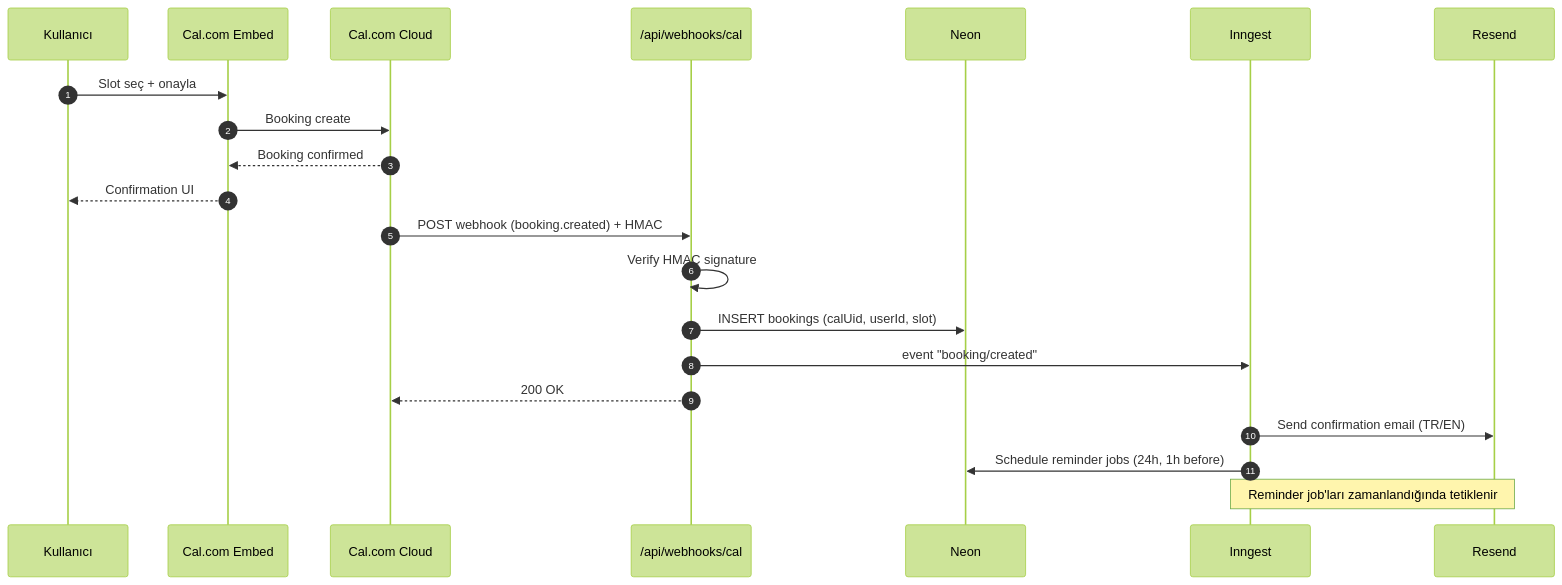
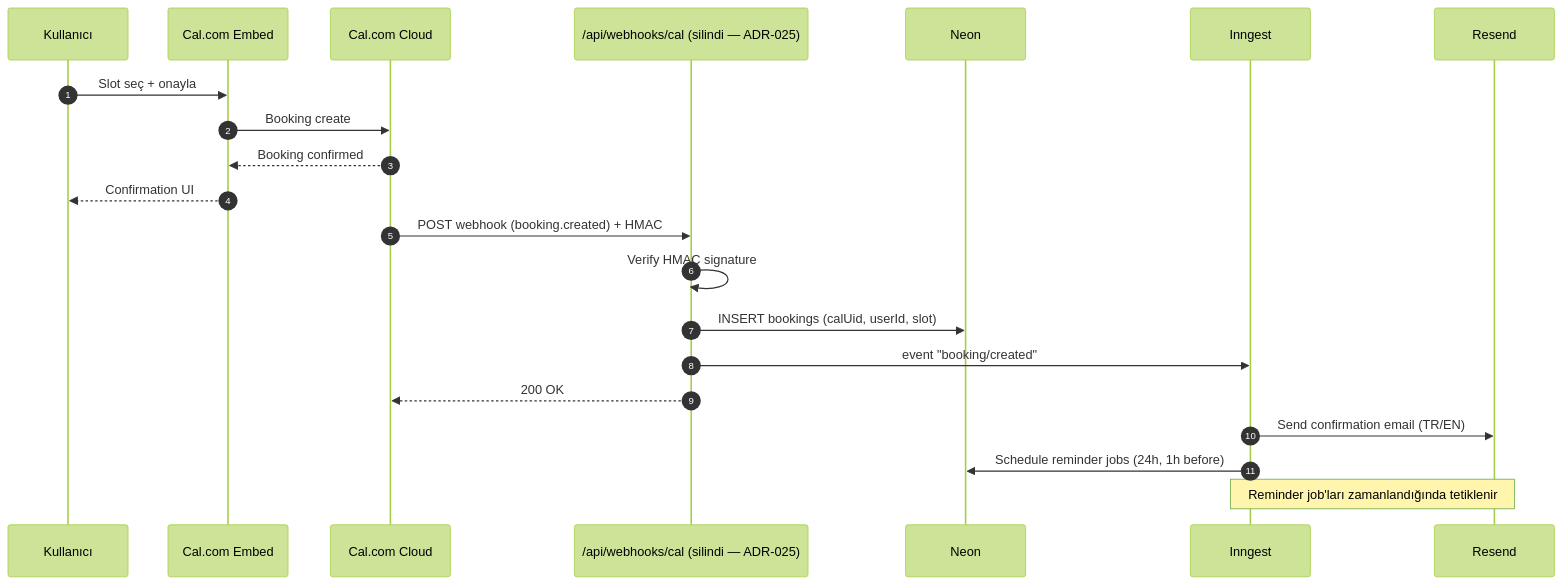
One commit to burakardaozgul/indoles_new changed the fourth of 6 diagrams in docs/05-tech-architecture.md. Above: the diagram before and after it, drawn with Mermaid (forest theme). The commit also changed other lines of this file and 29 other files, not shown here.

First line of the commit message:
refactor(booking): Cal.com kaldırıldı (ADR-025), digital@ ve 1 saat eşitlemesi

````diff
--- a/docs/05-tech-architecture.md
+++ b/docs/05-tech-architecture.md
@@ -151,24 +151,24 @@
 ```mermaid
 sequenceDiagram
   autonumber
   participant U as Kullanıcı
   participant E as Cal.com Embed
   participant C as Cal.com Cloud
-  participant W as /api/webhooks/cal
+  participant W as /api/webhooks/cal (silindi — ADR-025)
   participant DB as Neon
   participant I as Inngest
   participant R as Resend
 
   U->>E: Slot seç + onayla
   E->>C: Booking create
   C-->>E: Booking confirmed
   E-->>U: Confirmation UI
   C->>W: POST webhook (booking.created) + HMAC
   W->>W: Verify HMAC signature
   W->>DB: INSERT bookings (calUid, userId, slot)
   W->>I: event "booking/created"
   W-->>C: 200 OK
   I->>R: Send confirmation email (TR/EN)
   I->>DB: Schedule reminder jobs (24h, 1h before)
   Note over I,R: Reminder job'ları zamanlandığında tetiklenir
 ```
````
